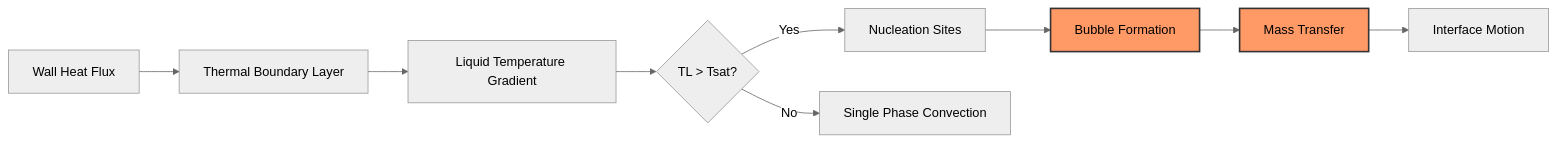
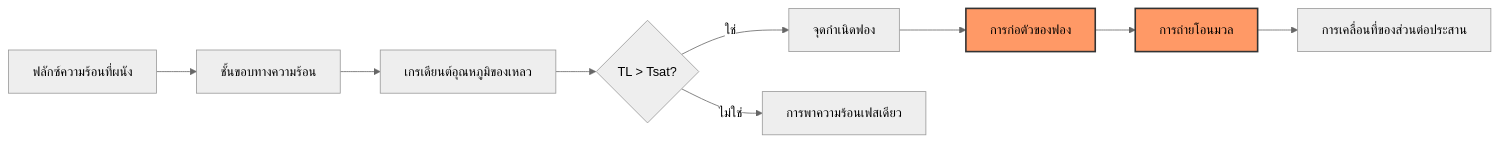
The first of 2 diagrams in MODULE_06_ADVANCED_PHYSICS/CONTENT/01_ADVANCED_MULTIPHASE_FLOWS/01_Phase_Change_Modeling.md (wramet/build-my-cfd), drawn with Mermaid (neutral theme) before and after one commit. The commit also changed other lines of this file and 104 other files, not shown here.

````diff
--- a/MODULE_06_ADVANCED_PHYSICS/CONTENT/01_ADVANCED_MULTIPHASE_FLOWS/01_Phase_Change_Modeling.md
+++ b/MODULE_06_ADVANCED_PHYSICS/CONTENT/01_ADVANCED_MULTIPHASE_FLOWS/01_Phase_Change_Modeling.md
@@ -65,14 +65,14 @@
 ```mermaid
 flowchart LR
-    A[Wall Heat Flux] --> B[Thermal Boundary Layer]
-    B --> C[Liquid Temperature Gradient]
+    A[ฟลักซ์ความร้อนที่ผนัง] --> B[ชั้นขอบทางความร้อน]
+    B --> C[เกรเดียนต์อุณหภูมิของเหลว]
     C --> D{TL > Tsat?}
-    D -->|Yes| N[Nucleation Sites]
-    N --> E[Bubble Formation]
-    E --> F[Mass Transfer]
-    F --> G[Interface Motion]
-    D -->|No| H[Single Phase Convection]
+    D -->|ใช่| N[จุดกำเนิดฟอง]
+    N --> E[การก่อตัวของฟอง]
+    E --> F[การถ่ายโอนมวล]
+    F --> G[การเคลื่อนที่ของส่วนต่อประสาน]
+    D -->|ไม่ใช่| H[การพาความร้อนเฟสเดียว]
 
     style E fill:#f96,stroke:#333,stroke-width:2px
     style F fill:#f96,stroke:#333,stroke-width:2px
 ```
````
